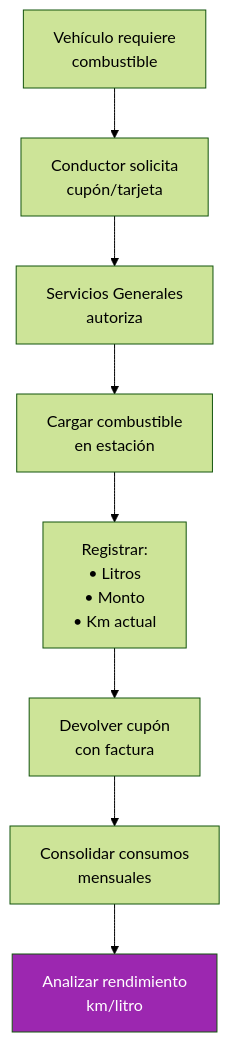
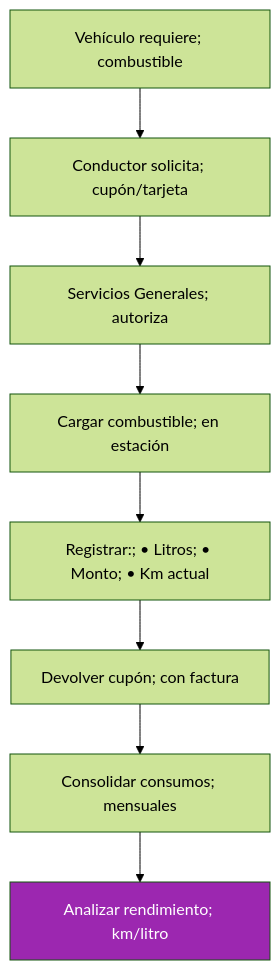
One commit to felix-antonio-sl/kora changed the fifth of 7 diagrams in drafts/gn/bpmn/bpmn-d06-flota-vehicular.md. Above: the diagram before and after it, drawn with Mermaid (forest theme). The commit also changed other lines of this file and 265 other files, not shown here.

````diff
--- a/drafts/gn/bpmn/bpmn-d06-flota-vehicular.md
+++ b/drafts/gn/bpmn/bpmn-d06-flota-vehicular.md
@@ -138,11 +148,12 @@
 ```mermaid
 flowchart TD
-    A["Vehículo requiere<br/>combustible"] --> B["Conductor solicita<br/>cupón/tarjeta"]
-    B --> C["Servicios Generales<br/>autoriza"]
-    C --> D["Cargar combustible<br/>en estación"]
-    D --> E["Registrar:<br/>• Litros<br/>• Monto<br/>• Km actual"]
-    E --> F["Devolver cupón<br/>con factura"]
-    F --> G["Consolidar consumos<br/>mensuales"]
-    G --> H["Analizar rendimiento<br/>km/litro"]
-    style H fill:#9C27B0,color:#fff
+ A["Vehículo requiere; combustible"] --> B["Conductor solicita; cupón/tarjeta"]
+ B --> C["Servicios Generales; autoriza"]
+ C --> D["Cargar combustible; en estación"]
+ D --> E["Registrar:; • Litros; • Monto; • Km actual"]
+ E --> F["Devolver cupón; con factura"]
+ F --> G["Consolidar consumos; mensuales"]
+ G --> H["Analizar rendimiento; km/litro"]
+
+ style H fill:#9C27B0,color:#fff
 ```
````
